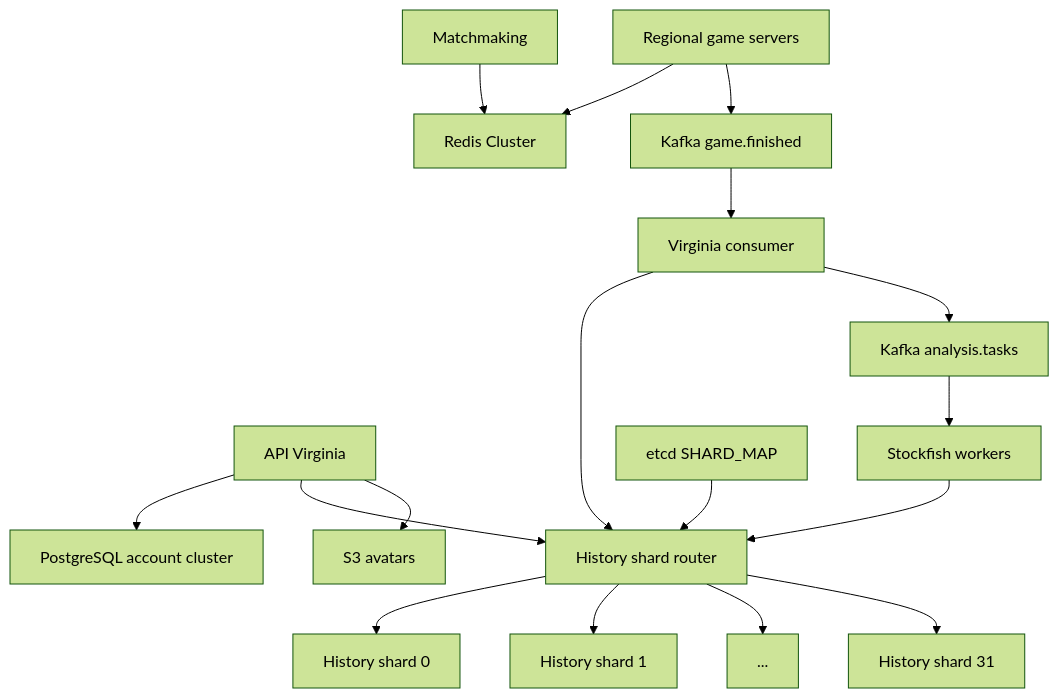
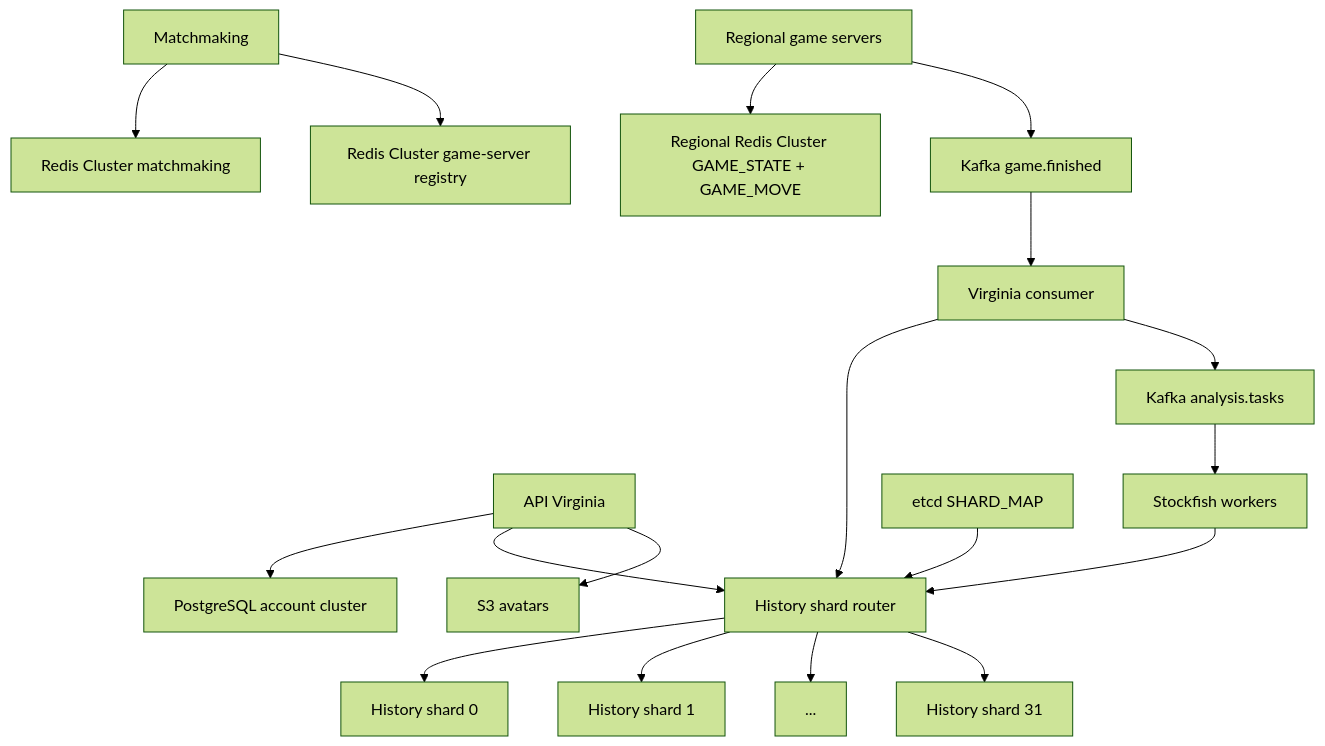
The second of 2 diagrams in README.md (Karielka/highload_2026_chess), drawn with Mermaid (forest theme) before and after one commit. The commit also changed other lines of this file, not shown here.

````diff
--- a/README.md
+++ b/README.md
@@ -833,26 +835,26 @@
 ```mermaid
 flowchart TD
     API[API Virginia] --> ACCOUNT[PostgreSQL account cluster]
     API --> HR[History shard router]
 
-    MM[Matchmaking] --> REDIS[Redis Cluster]
-    GS[Regional game servers] --> REDIS
+    MM[Matchmaking] --> REDISMM[Redis Cluster matchmaking]
+    MM --> REDISSRV[Redis Cluster game-server registry]
 
+    GS[Regional game servers] --> REDISGAME[Regional Redis Cluster GAME_STATE + GAME_MOVE]
     GS --> KAFKA[Kafka game.finished]
+
     KAFKA --> CONSUMER[Virginia consumer]
-
     CONSUMER --> HR
     CONSUMER --> KAFKA2[Kafka analysis.tasks]
 
     KAFKA2 --> STOCKFISH[Stockfish workers]
     STOCKFISH --> HR
 
     HR --> S0[History shard 0]
     HR --> S1[History shard 1]
     HR --> SD[...]
     HR --> S31[History shard 31]
 
     ETCD[etcd SHARD_MAP] --> HR
-
     API --> S3[S3 avatars]
 ```
````
